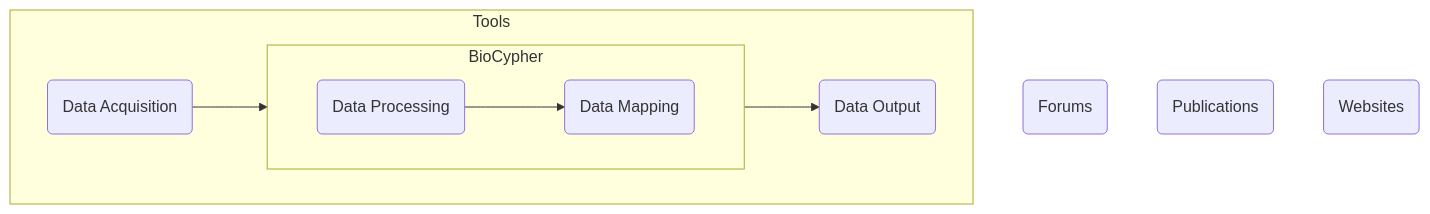
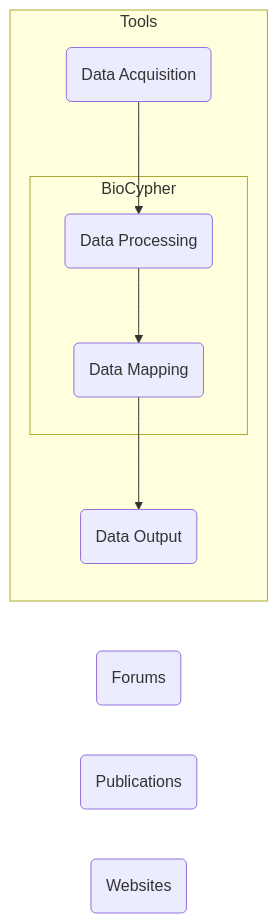
The second of 2 diagrams in README.md (HealthECCO/community-resources), drawn with Mermaid before and after one commit.

````diff
--- a/README.md
+++ b/README.md
@@ -12,17 +12,16 @@
 ```mermaid
-  flowchart TD; 
+  flowchart LR; 
       F(Forums);
       P(Publications);
       W(Websites);
   click F "/HealthECCO/community-resources/blob/main/forums.md"
   click P "/HealthECCO/community-resources/blob/main/publications.md"
     subgraph Tools
       DA(Data Acquisition)-->DP(Data Processing);
         subgraph BioCypher
-          direction LR
             DP-->DM(Data Mapping);
           end
       DM-->DO(Data Output);
      end
     click DA "https://www.github.com"
 ```
````
